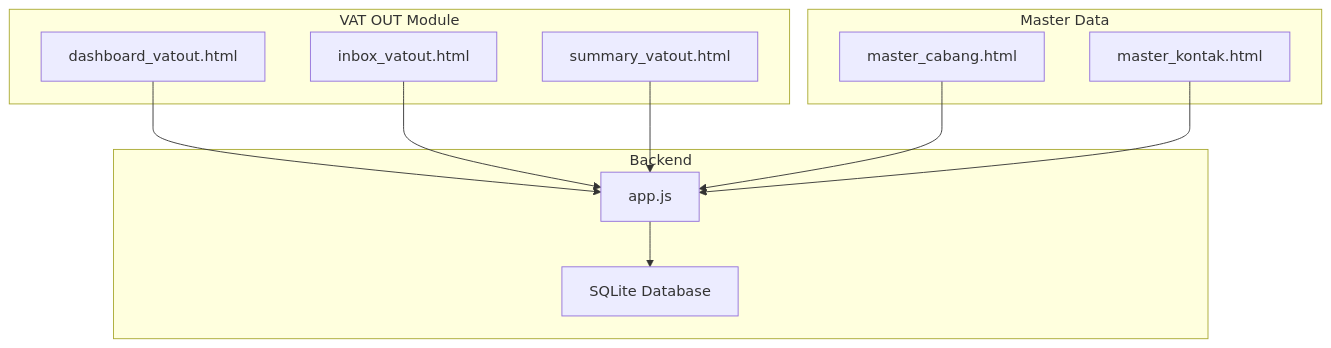
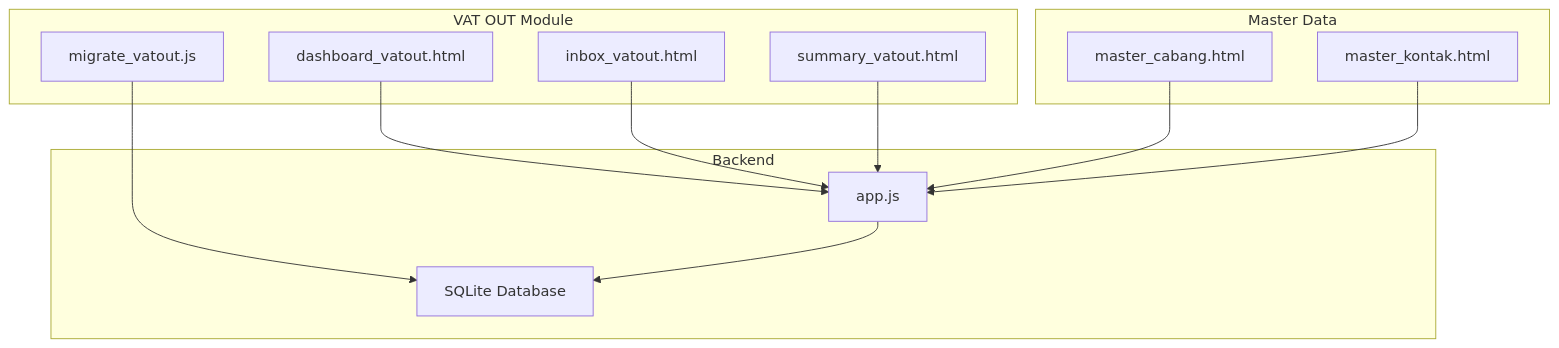
One commit to rendisiagian/TDS_by_RENDISIAGIAN changed the first of 9 diagrams in .qoder/repowiki/en/content/VAT Management System/VAT Output (VAT OUT).md. Above: the diagram before and after it, drawn with Mermaid. The commit also changed other lines of this file and 96 other files, not shown here.

````diff
--- a/.qoder/repowiki/en/content/VAT Management System/VAT Output (VAT OUT).md
+++ b/.qoder/repowiki/en/content/VAT Management System/VAT Output (VAT OUT).md
@@ -32,22 +42,24 @@
 ```mermaid
 graph TB
 subgraph "VAT OUT Module"
 DSH["dashboard_vatout.html"]
 INBX["inbox_vatout.html"]
 SMRY["summary_vatout.html"]
+MIGR["migrate_vatout.js"]
 end
 subgraph "Backend"
 APP["app.js"]
 DB["SQLite Database"]
 end
 subgraph "Master Data"
 MC["master_cabang.html"]
 MK["master_kontak.html"]
 end
 DSH --> APP
 INBX --> APP
 SMRY --> APP
+MIGR --> DB
 APP --> DB
 MC --> APP
 MK --> APP
 ```
````
